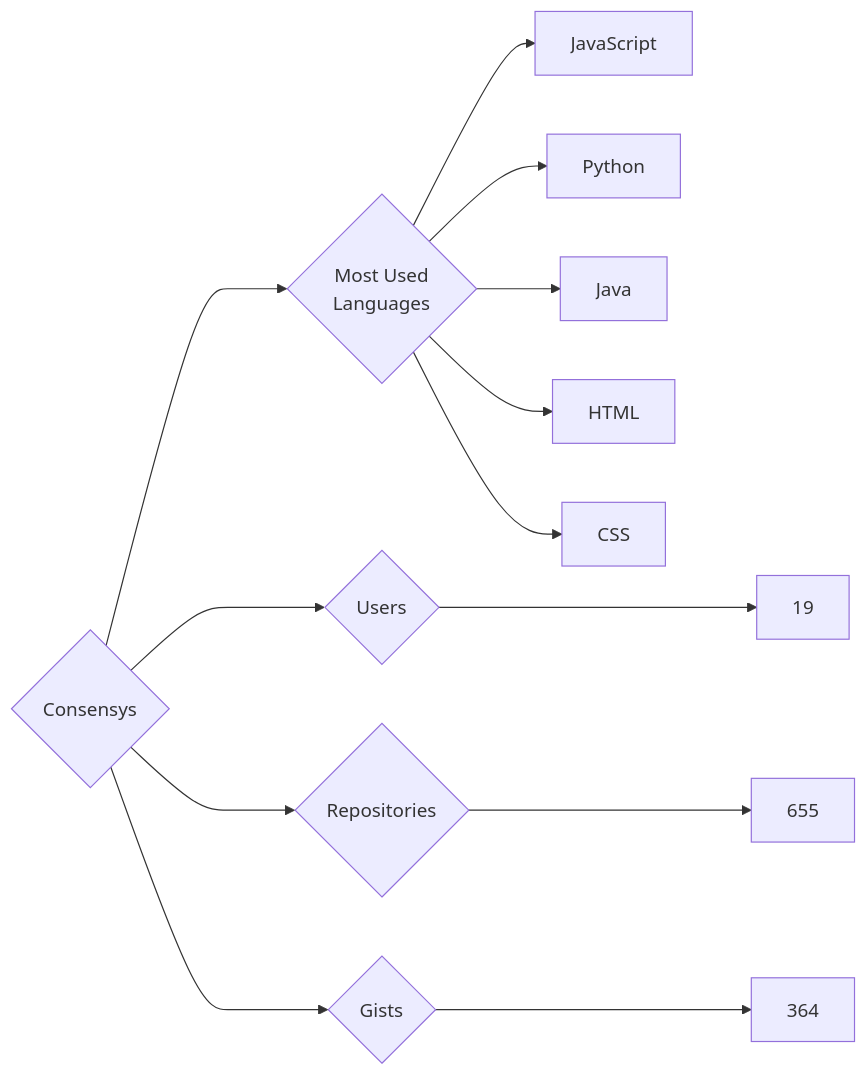
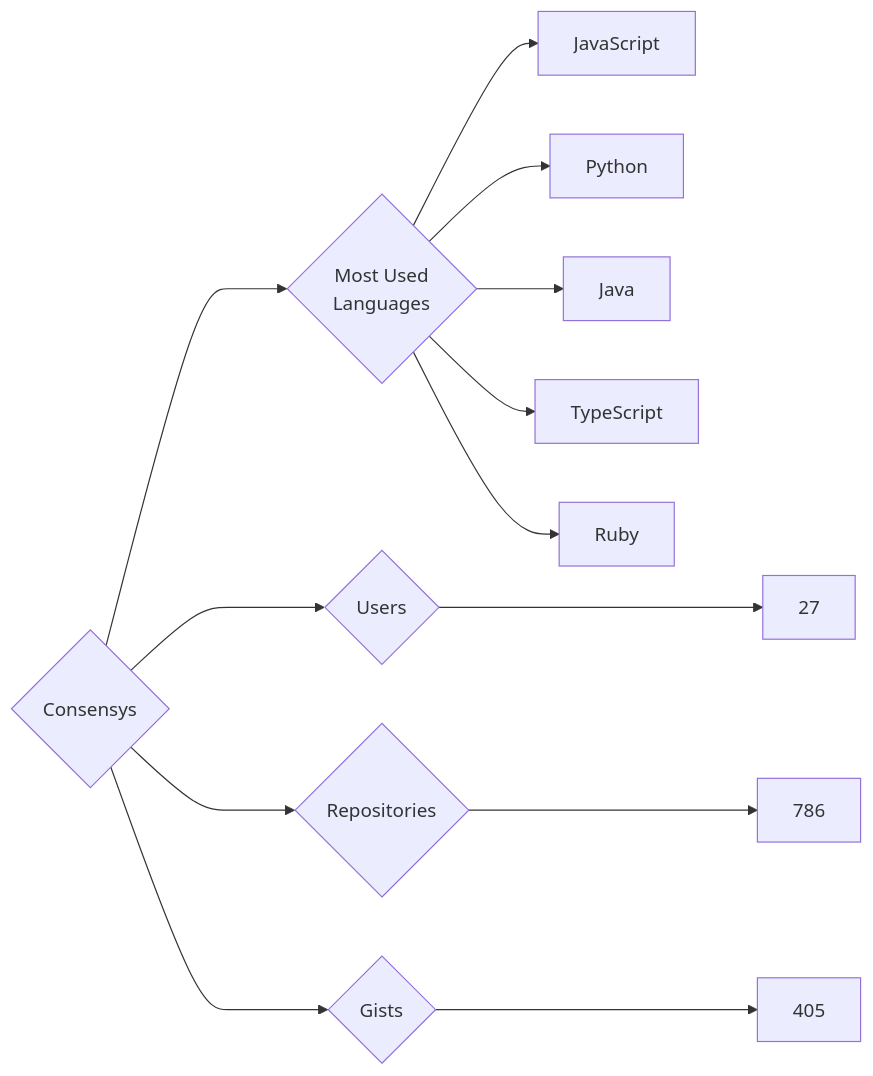
One commit to trickest/insiders changed the diagram in targets/Consensys/README.md. Above: the diagram before and after it, drawn with Mermaid. The commit also changed 553 other files, not shown here.

````diff
--- a/targets/Consensys/README.md
+++ b/targets/Consensys/README.md
@@ -3,13 +3,13 @@
 ```mermaid
 graph LR
 COMPANY_NAME{Consensys}
-COMPANY_NAME ---> U{Users} ---> UN[19]
-COMPANY_NAME ---> R{Repositories} ---> RN[655]
-COMPANY_NAME ---> G{Gists} ---> GN[364]
+COMPANY_NAME ---> U{Users} ---> UN[27]
+COMPANY_NAME ---> R{Repositories} ---> RN[786]
+COMPANY_NAME ---> G{Gists} ---> GN[405]
 COMPANY_NAME ---> ML{Most Used<br>Languages}
 ML --> JavaScript[JavaScript]
 ML --> Python[Python]
 ML --> Java[Java]
-ML --> HTML[HTML]
-ML --> CSS[CSS]
+ML --> TypeScript[TypeScript]
+ML --> Ruby[Ruby]
 ```
````
